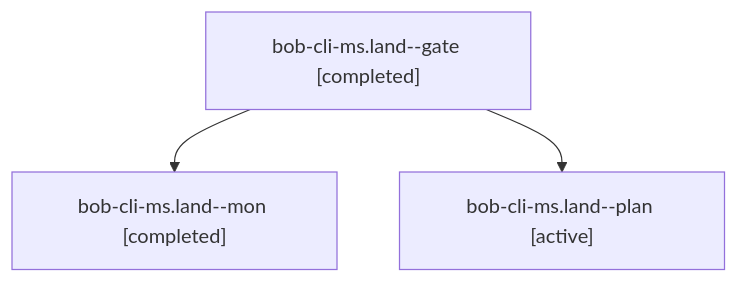
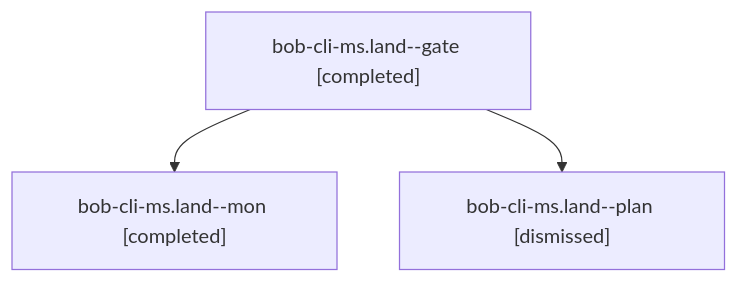
The diagram in sessions/bbugyi200.apollo.bob-cli-ms.land.md (bobs-org/bob-cli--agents), drawn with Mermaid before and after one commit. The commit also changed other lines of this file and 122 other files, not shown here.

````diff
--- a/sessions/bbugyi200.apollo.bob-cli-ms.land.md
+++ b/sessions/bbugyi200.apollo.bob-cli-ms.land.md
@@ -9,8 +9,8 @@
 ```mermaid
 flowchart TD
   n0["bob-cli-ms.land--gate [completed]"]
   n1["bob-cli-ms.land--mon [completed]"]
   n0 --> n1
-  n2["bob-cli-ms.land--plan [active]"]
+  n2["bob-cli-ms.land--plan [dismissed]"]
   n0 --> n2
 ```
````
